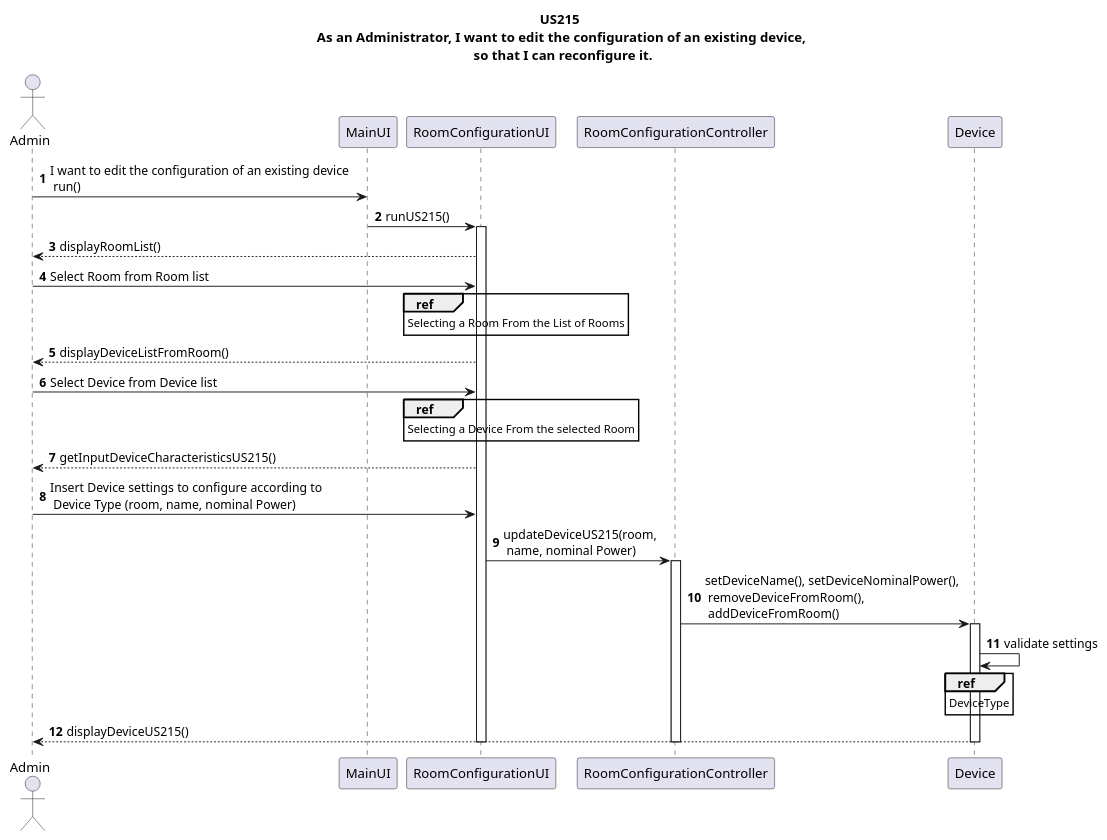
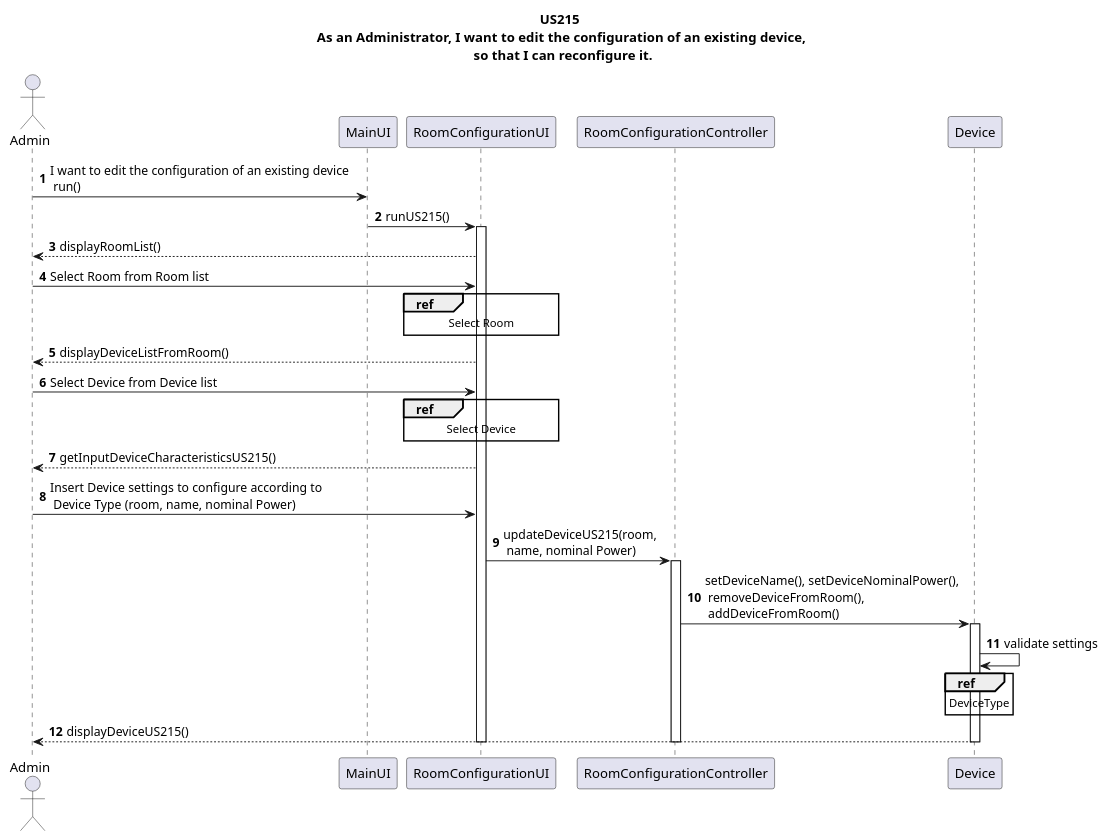
Before and after one commit to Almadanmp/project: the diagram in uml/US215/US215.puml, drawn with PlantUML. The commit also changed 4 other files, not shown here.

```diff
--- a/uml/US215/US215.puml
+++ b/uml/US215/US215.puml
@@ -1,36 +1,37 @@
 @startuml
 title US215 \n As an Administrator, I want to edit the configuration of an existing device, \n so that I can reconfigure it.
 
 autonumber
 actor Admin
 Admin -> MainUI: I want to edit the configuration of an existing device \n run()
 MainUI -> RoomConfigurationUI: runUS215()
 activate RoomConfigurationUI
 
 RoomConfigurationUI --> Admin: displayRoomList()
 Admin -> RoomConfigurationUI: Select Room from Room list
 ref over RoomConfigurationUI
-Selecting a Room From the List of Rooms
+Select Room
 end
 RoomConfigurationUI --> Admin:displayDeviceListFromRoom()
 Admin -> RoomConfigurationUI: Select Device from Device list
 ref over RoomConfigurationUI
-Selecting a Device From the selected Room
+Select Device
 end
 RoomConfigurationUI --> Admin: getInputDeviceCharacteristicsUS215()
 Admin-> RoomConfigurationUI: Insert Device settings to configure according to \n Device Type (room, name, nominal Power)
 RoomConfigurationUI -> RoomConfigurationController: updateDeviceUS215(room, \n name, nominal Power)
 activate RoomConfigurationController
 RoomConfigurationController -> Device: setDeviceName(), setDeviceNominalPower(),\n removeDeviceFromRoom(),\n addDeviceFromRoom()
 activate Device
 Device -> Device: validate settings
+
 ref over Device
 DeviceType
 end
 Device--> Admin: displayDeviceUS215()
 deactivate RoomConfigurationUI
 deactivate RoomConfigurationController
 deactivate Device
 
 
 @enduml
```
